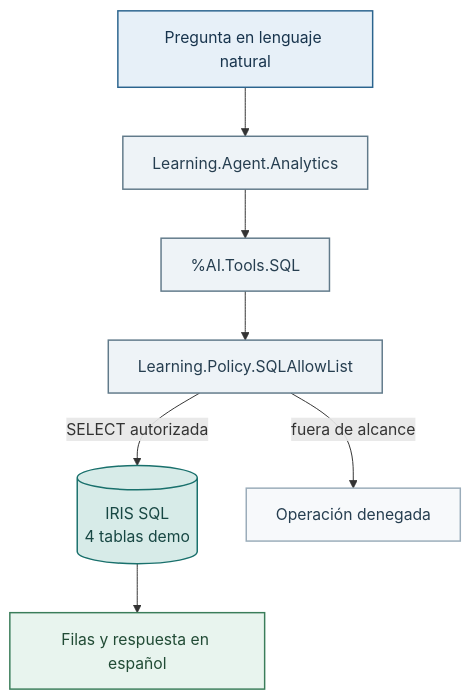
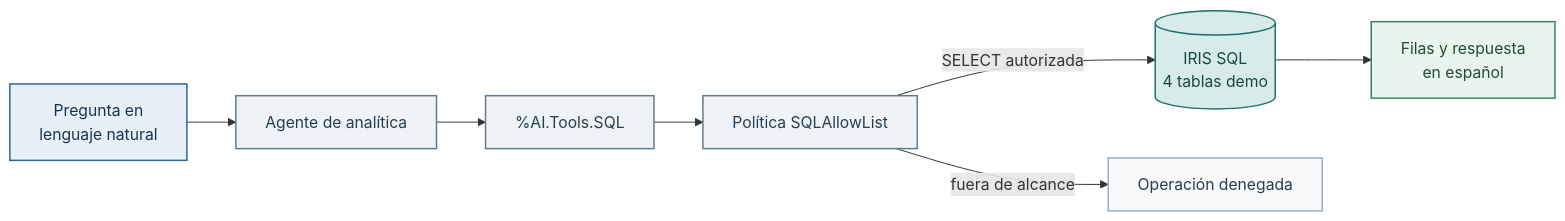
Before and after one commit to intersystems-ib/curso-ia-asistentes-iris: the diagram in labs/opcionales/text-to-sql/README.md, drawn with Mermaid. The commit also changed 7 other files, not shown here.

Commit message:
docs: layout diagramas mermaid

````diff
--- a/labs/opcionales/text-to-sql/README.md
+++ b/labs/opcionales/text-to-sql/README.md
@@ -5,19 +5,19 @@
 ```mermaid
-flowchart TB
-    Question[Pregunta en lenguaje natural] --> Agent[Learning.Agent.Analytics]
+flowchart LR
+    Question[Pregunta en<br/>lenguaje natural] --> Agent[Agente de analítica]
     Agent --> Tool[%AI.Tools.SQL]
-    Tool --> Policy[Learning.Policy.SQLAllowList]
-    Policy -->|SELECT autorizada| SQL[(IRIS SQL\n4 tablas demo)]
-    SQL --> Result[Filas y respuesta en español]
+    Tool --> Policy[Política SQLAllowList]
+    Policy -->|SELECT autorizada| SQL[(IRIS SQL<br/>4 tablas demo)]
+    SQL --> Result[Filas y respuesta<br/>en español]
     Policy -->|fuera de alcance| Denied[Operación denegada]
     classDef input fill:#E7F0F8,stroke:#2B648E,color:#18344D,stroke-width:1.5px;
     classDef process fill:#EEF3F7,stroke:#617A8A,color:#263E50,stroke-width:1.5px;
     classDef iris fill:#D7EBE8,stroke:#19706C,color:#174743,stroke-width:1.5px;
     classDef outcome fill:#E8F4EE,stroke:#3A7D5A,color:#214B35,stroke-width:1.5px;
     classDef optional fill:#F7F9FB,stroke:#9AACBA,color:#263E50,stroke-width:1.5px;
     class Question input;
     class Agent,Tool,Policy process;
     class SQL iris;
     class Result outcome;
     class Denied optional;
 ```
````
